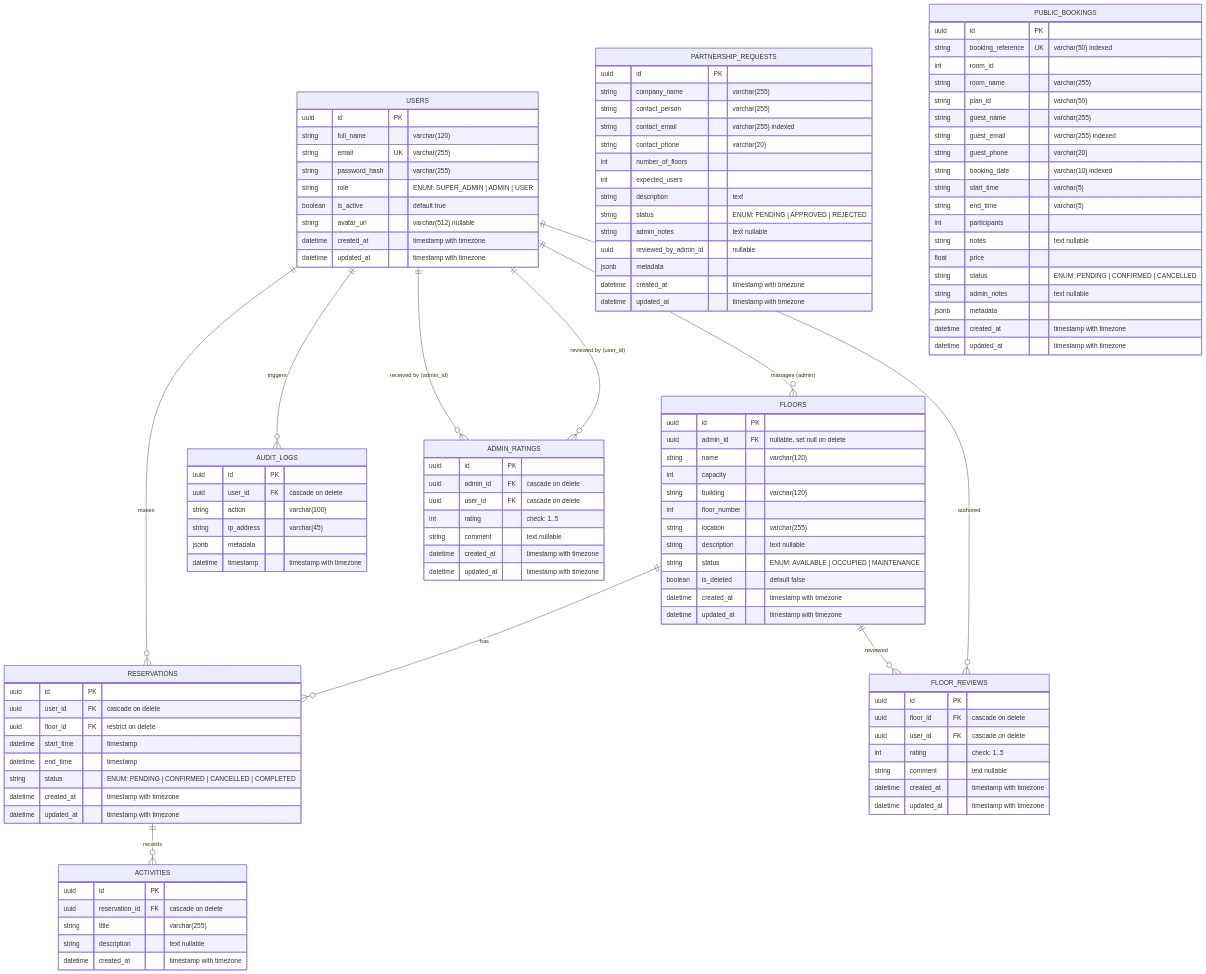
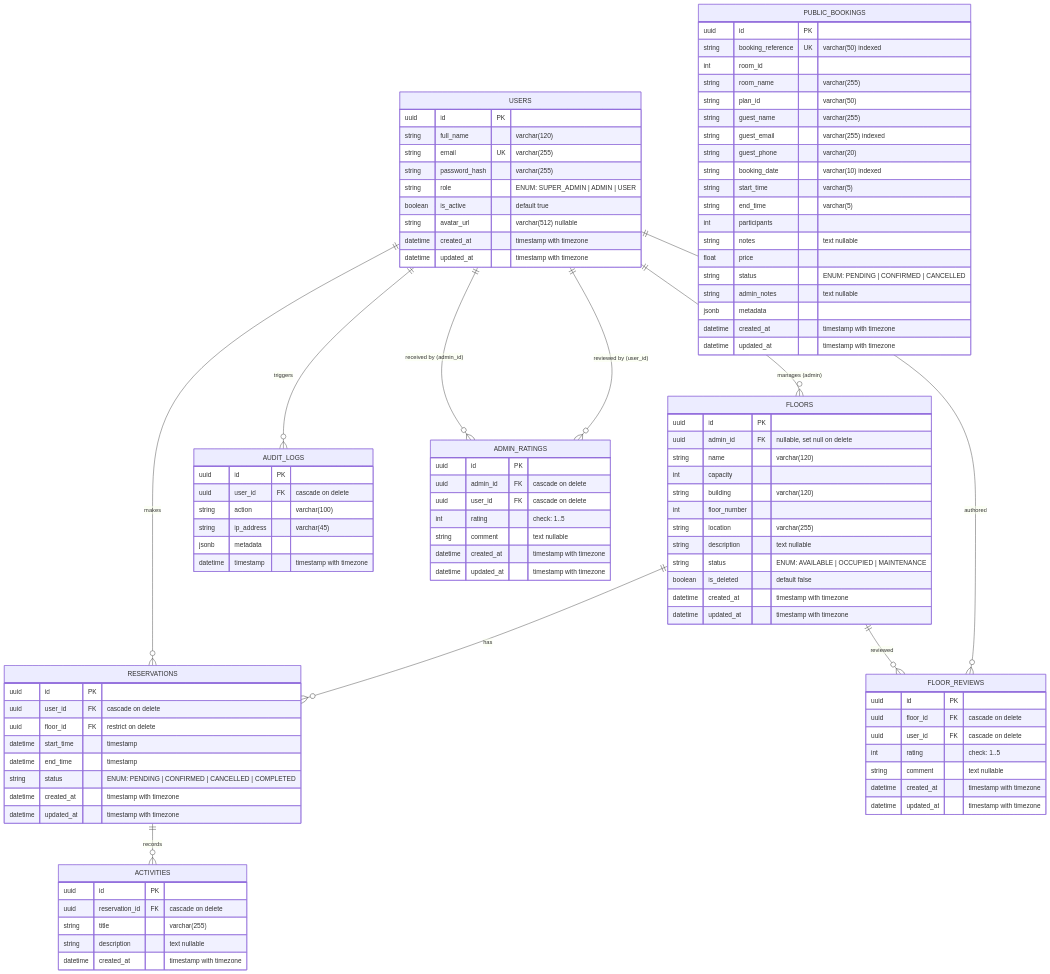
The diagram in TECHNICAL_DOCUMENTATION.md (wissemhammoudi/bookini), drawn with Mermaid before and after one commit. The commit also changed other lines of this file and 10 other files, not shown here.

```diff
--- a/TECHNICAL_DOCUMENTATION.md
+++ b/TECHNICAL_DOCUMENTATION.md
@@ -189,22 +189,6 @@
         datetime created_at "timestamp with timezone"
         datetime updated_at "timestamp with timezone"
     }
-    PARTNERSHIP_REQUESTS {
-        uuid id PK
-        string company_name "varchar(255)"
-        string contact_person "varchar(255)"
-        string contact_email "varchar(255) indexed"
-        string contact_phone "varchar(20)"
-        int number_of_floors
-        int expected_users
-        string description "text"
-        string status "ENUM: PENDING | APPROVED | REJECTED"
-        string admin_notes "text nullable"
-        uuid reviewed_by_admin_id "nullable"
-        jsonb metadata
-        datetime created_at "timestamp with timezone"
-        datetime updated_at "timestamp with timezone"
-    }
     PUBLIC_BOOKINGS {
         uuid id PK
         string booking_reference UK "varchar(50) indexed"
```
